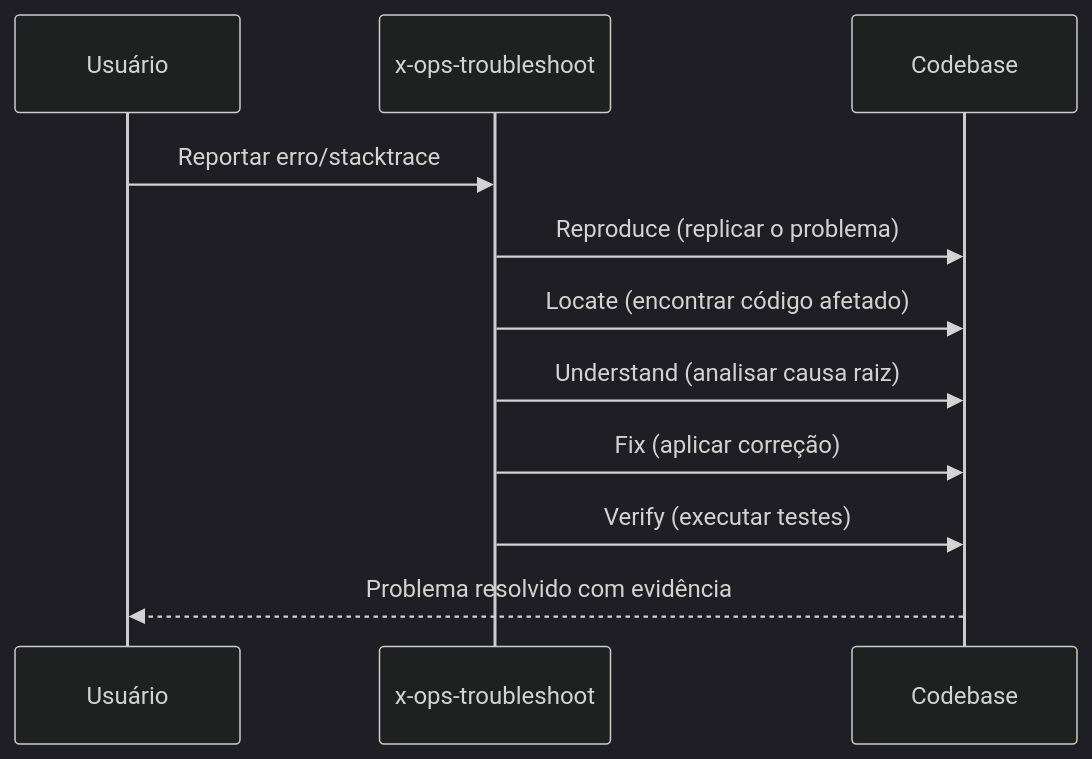
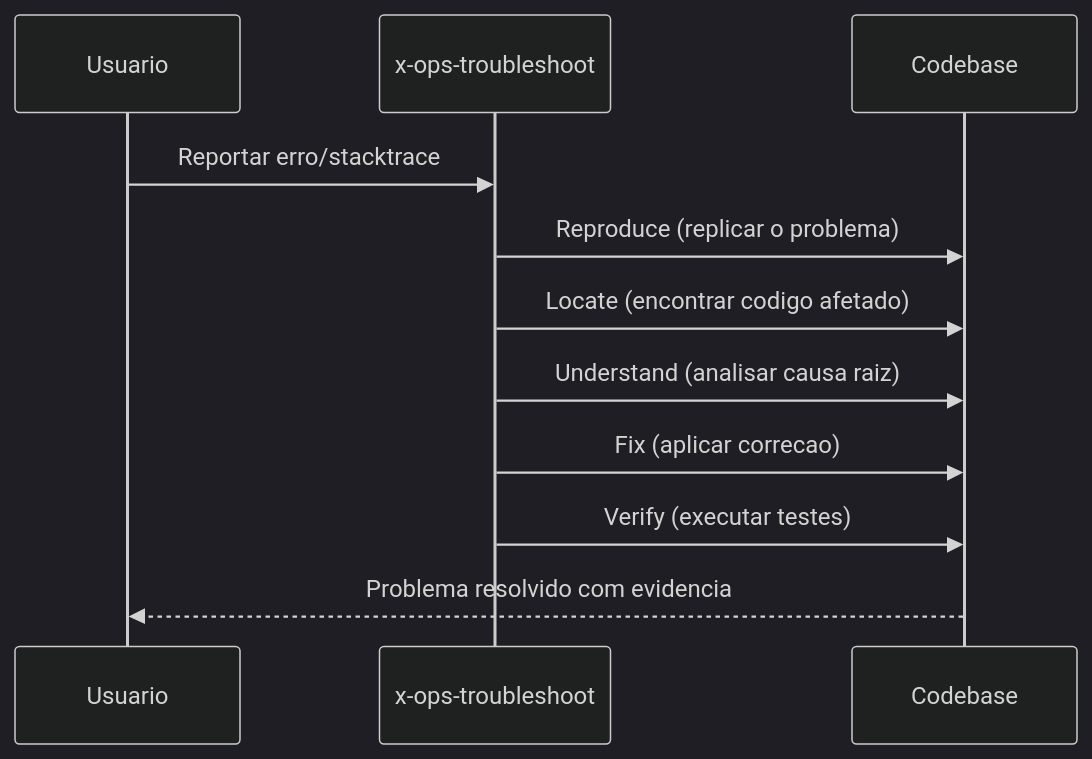
The third of 3 diagrams in docs/stories/github-structure/STORY-009.md (edercnj/ia-dev-environment), drawn with Mermaid (dark theme) before and after one commit. The commit also changed other lines of this file and 64 other files, not shown here.

````diff
--- a/docs/stories/github-structure/STORY-009.md
+++ b/docs/stories/github-structure/STORY-009.md
@@ -90,14 +137,14 @@
 ```mermaid
 sequenceDiagram
-    participant U as Usuário
+    participant U as Usuario
     participant T as x-ops-troubleshoot
     participant C as Codebase
 
     U->>T: Reportar erro/stacktrace
     T->>C: Reproduce (replicar o problema)
-    T->>C: Locate (encontrar código afetado)
+    T->>C: Locate (encontrar codigo afetado)
     T->>C: Understand (analisar causa raiz)
-    T->>C: Fix (aplicar correção)
+    T->>C: Fix (aplicar correcao)
     T->>C: Verify (executar testes)
-    C-->>U: Problema resolvido com evidência
+    C-->>U: Problema resolvido com evidencia
 ```
````
